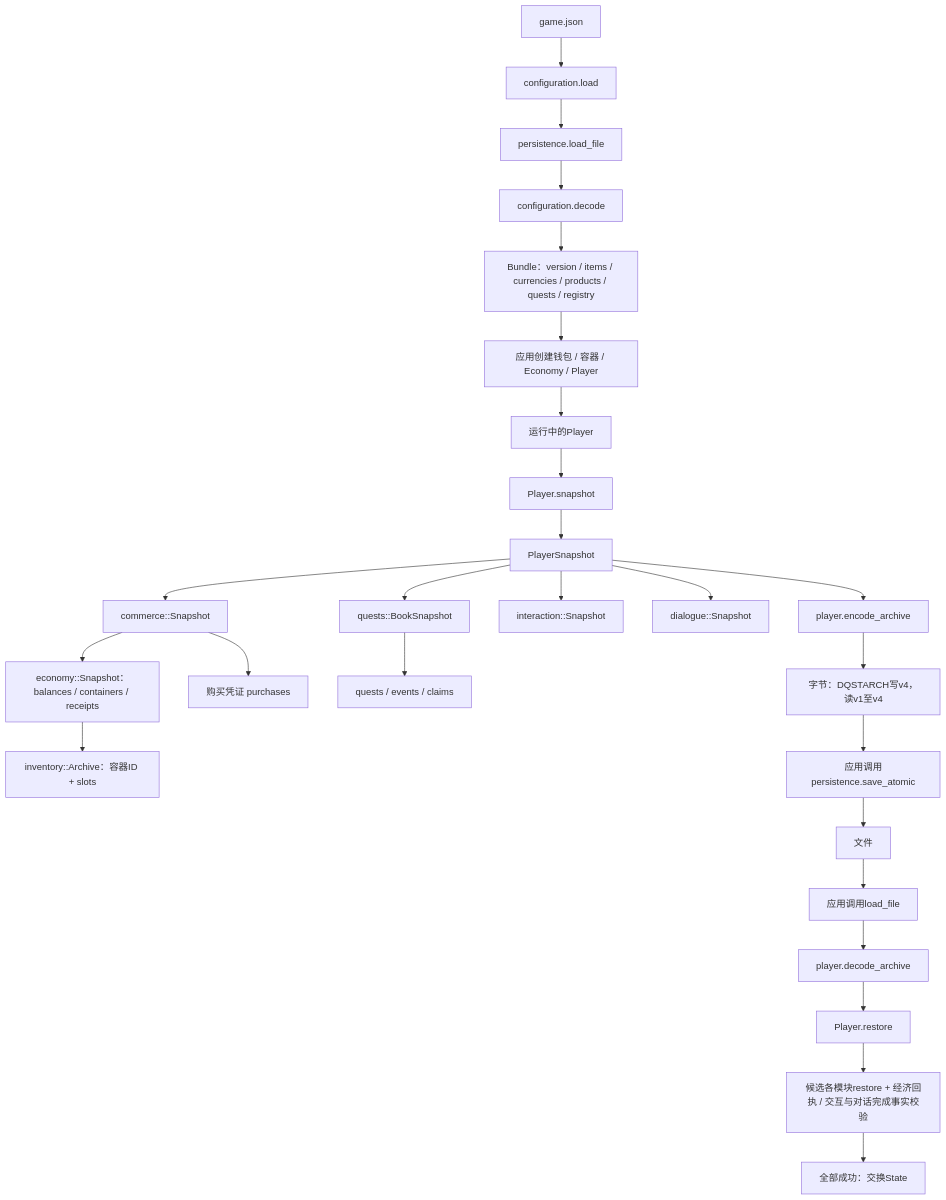
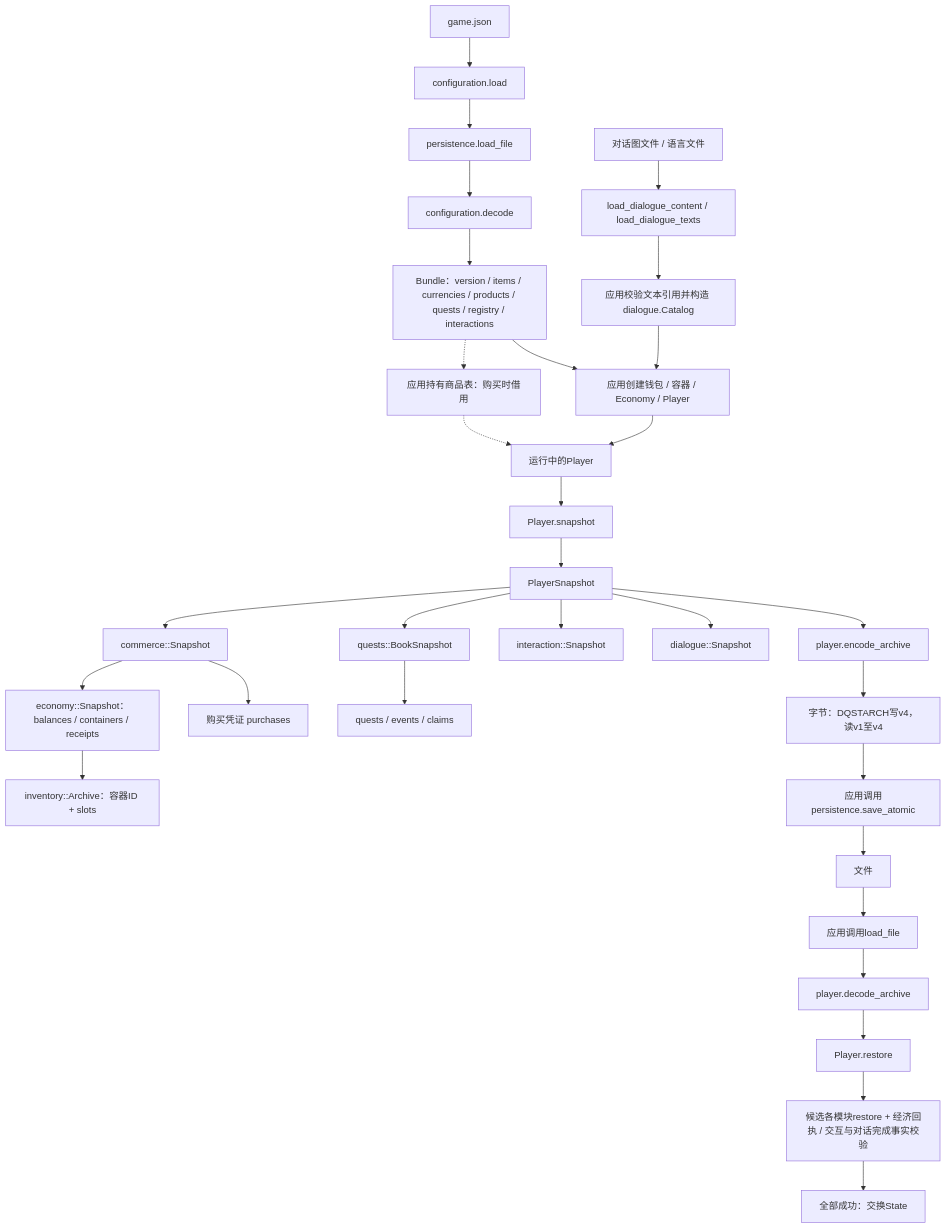
The sixth of 8 diagrams in docs/architecture-details.md (Cheems-life/game-systems-toolkit), drawn with Mermaid before and after one commit. The commit also changed other lines of this file and 2 other files, not shown here.

Commit message:
docs: redraw architecture diagrams for current player state

````diff
--- a/docs/architecture-details.md
+++ b/docs/architecture-details.md
@@ -308,28 +348,33 @@
 ```mermaid
 flowchart TD
     JSON[game.json] --> LOAD[configuration.load]
     LOAD --> READ[persistence.load_file]
     READ --> DECODE[configuration.decode]
-    DECODE --> CFG[Bundle：version / items / currencies / products / quests / registry]
+    DECODE --> CFG[Bundle：version / items / currencies / products / quests / registry / interactions]
     CFG --> APP[应用创建钱包 / 容器 / Economy / Player]
+    DJSON[对话图文件 / 语言文件] --> DLOAD[load_dialogue_content / load_dialogue_texts]
+    DLOAD --> DCAT[应用校验文本引用并构造 dialogue.Catalog]
+    DCAT --> APP
+    CFG -.-> PROD[应用持有商品表：购买时借用]
+    PROD -.-> LIVE
     APP --> LIVE[运行中的Player]
     LIVE --> SNAP[Player.snapshot]
     SNAP --> PS[PlayerSnapshot]
     PS --> CS[commerce::Snapshot]
     PS --> QS[quests::BookSnapshot]
     PS --> IS[interaction::Snapshot]
     PS --> DS[dialogue::Snapshot]
     CS --> ES[economy::Snapshot：balances / containers / receipts]
     CS --> BUY[购买凭证 purchases]
     ES --> IA[inventory::Archive：容器ID + slots]
     QS --> QDATA[quests / events / claims]
     PS --> ENC[player.encode_archive]
     ENC --> BYTES[字节：DQSTARCH写v4，读v1至v4]
     BYTES --> SAVE[应用调用persistence.save_atomic]
     SAVE --> DISK[文件]
     DISK --> RL[应用调用load_file]
     RL --> DEC[player.decode_archive]
     DEC --> REST[Player.restore]
     REST --> CHECK[候选各模块restore + 经济回执 / 交互与对话完成事实校验]
     CHECK --> SW[全部成功：交换State]
 ```
````
